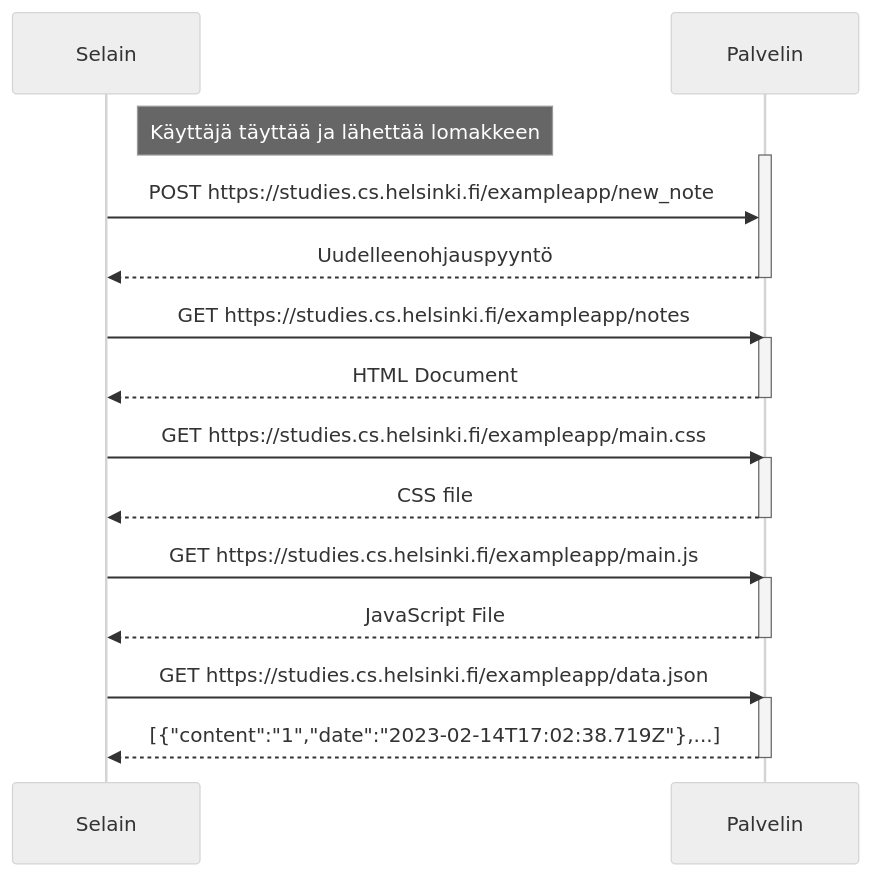
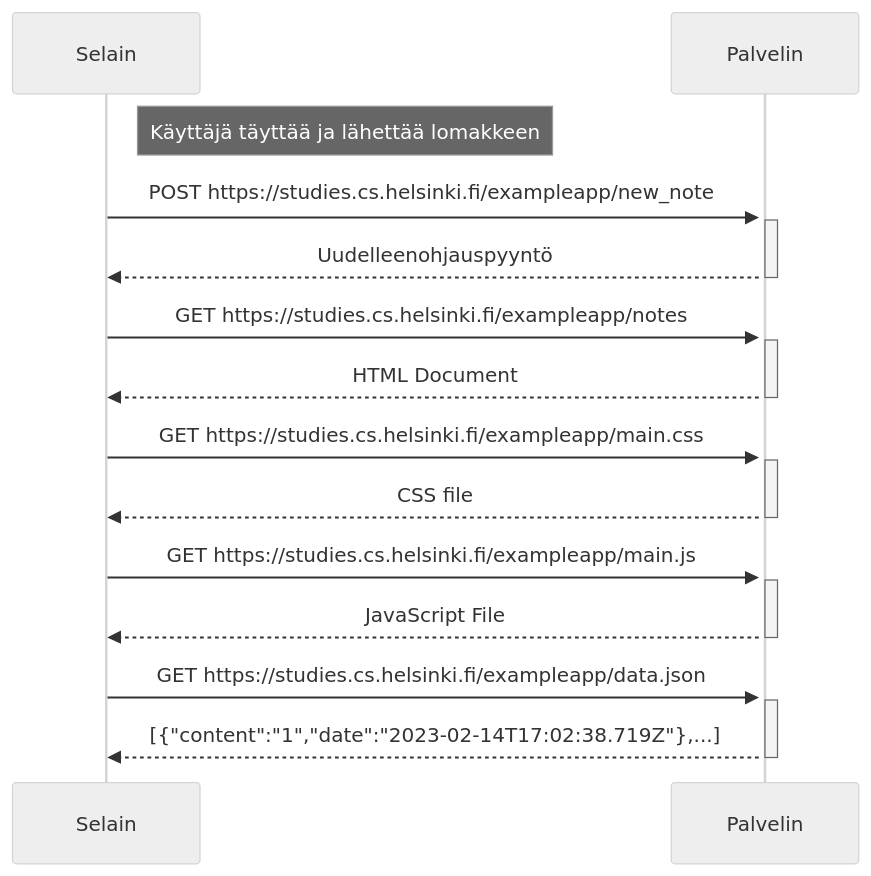
The diagram in Osa0/04.md (TeekkariTeemu/fullstack), drawn with Mermaid (neutral theme) before and after one commit.

````diff
--- a/Osa0/04.md
+++ b/Osa0/04.md
@@ -1,26 +1,27 @@
 ```mermaid
 sequenceDiagram
     participant Selain
     participant Palvelin
     Note right of Selain: Käyttäjä täyttää ja lähettää lomakkeen 
     activate Palvelin
     Selain->>Palvelin: POST https://studies.cs.helsinki.fi/exampleapp/new_note
+    activate Palvelin
     Palvelin-->>Selain: Uudelleenohjauspyyntö
     deactivate Palvelin
     Selain->>Palvelin: GET https://studies.cs.helsinki.fi/exampleapp/notes
     activate Palvelin
     Palvelin-->>Selain: HTML Document
     deactivate Palvelin
     Selain->>Palvelin: GET https://studies.cs.helsinki.fi/exampleapp/main.css
     activate Palvelin
     Palvelin-->>Selain: CSS file
     deactivate Palvelin
     Selain->>Palvelin: GET https://studies.cs.helsinki.fi/exampleapp/main.js
     activate Palvelin
     Palvelin-->>Selain: JavaScript File
     deactivate Palvelin
     Selain->>Palvelin: GET https://studies.cs.helsinki.fi/exampleapp/data.json
     activate Palvelin
     Palvelin-->>Selain: [{"content":"1","date":"2023-02-14T17:02:38.719Z"},...]
     deactivate Palvelin
 ```
````
